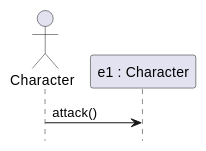
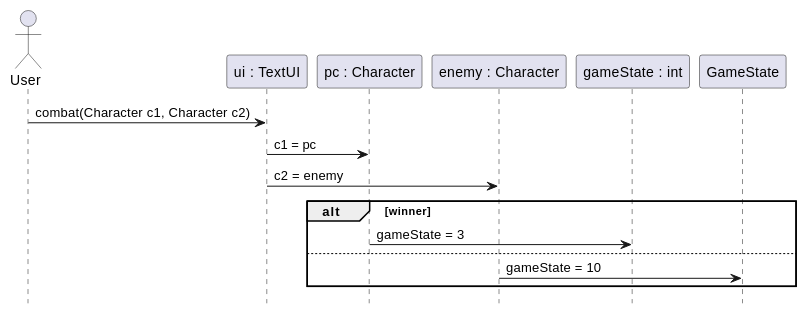
Before and after one commit to dgoldman30/Dungeon_Crawler: the sixth of 7 diagrams in doc/design.md, drawn with PlantUML. The commit also changed other lines of this file and 4 other files, not shown here.

````diff
--- a/doc/design.md
+++ b/doc/design.md
@@ -156,11 +156,20 @@
 ```plantuml
 @startuml
 
 hide footbox
 
-actor Character
-participant "e1 : Character" as enemy
-
-Character -> enemy : attack()
+actor User
+participant "ui : TextUI" as ui
+participant "pc : Character" as pc
+participant "enemy : Character" as enemy
+participant "gameState : int" as gameState
+User -> ui : combat(Character c1, Character c2)
+ui -> pc : c1 = pc
+ui -> enemy : c2 = enemy
+alt winner
+pc -> gameState : gameState = 3
+else 
+enemy -> GameState : gameState = 10
+end
 @enduml
 ```
````
